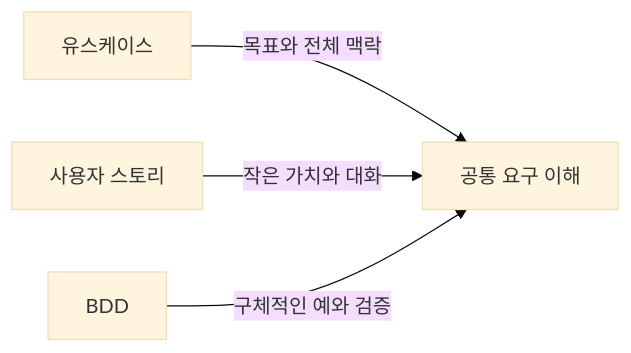
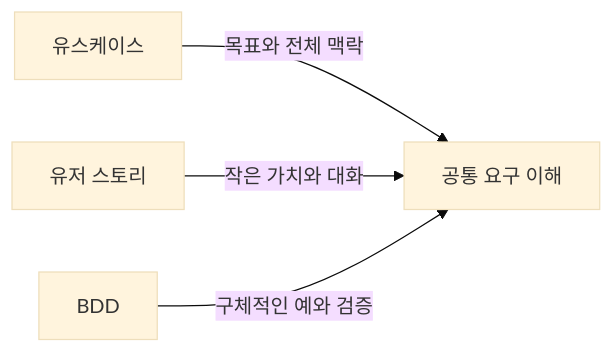
One commit to YoungSan77/TrainingMaterials changed the ninth of 14 diagrams in courses/ooad/sessions/s02.md. Above: the diagram before and after it, drawn with Mermaid (base theme). The commit also changed other lines of this file and 46 other files, not shown here.

````diff
--- a/courses/ooad/sessions/s02.md
+++ b/courses/ooad/sessions/s02.md
@@ -1880,6 +2009,6 @@
 ```mermaid
 flowchart LR
     U["유스케이스"] -->|목표와 전체 맥락| G["공통 요구 이해"]
-    S["사용자 스토리"] -->|작은 가치와 대화| G
+    S["유저 스토리"] -->|작은 가치와 대화| G
     B["BDD"] -->|구체적인 예와 검증| G
 ```
````
